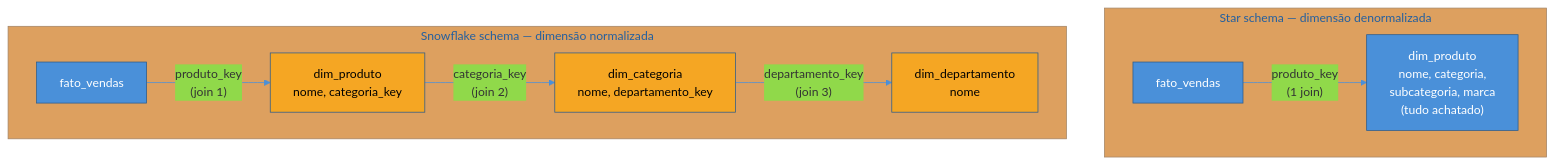
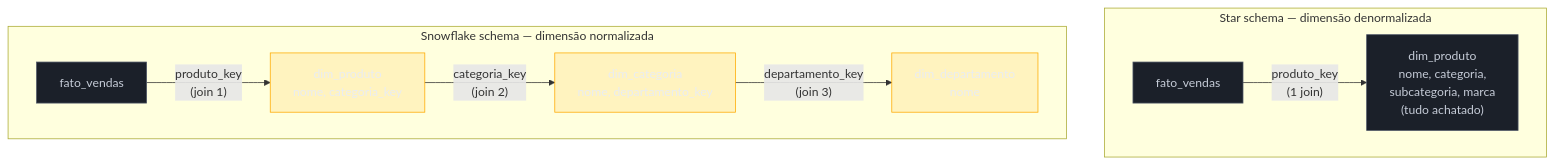
Before and after one commit to josenaldo/codex-technomanticus: the first of 3 diagrams in 03-Dominios/Engenharia/Dados/2 - Modelagem para analytics/03 - Star vs snowflake e tipos de fato.md, drawn with Mermaid. The commit also changed other lines of this file and 1181 other files, not shown here.

First line of the commit message:
fix(diagramas): paleta do sistema no lugar de cor cravada no markdown

````diff
--- a/03-Dominios/Engenharia/Dados/2 - Modelagem para analytics/03 - Star vs snowflake e tipos de fato.md
+++ b/03-Dominios/Engenharia/Dados/2 - Modelagem para analytics/03 - Star vs snowflake e tipos de fato.md
@@ -88,20 +88,21 @@
 ```mermaid
-%%{init: {"theme": "base", "themeVariables": {"primaryColor": "#4A90D9", "primaryBorderColor": "#2E5C8A", "lineColor": "#4A90D9"}}}%%
 graph TB
+    classDef neutro fill:#1B2029,stroke:#4E5666,color:#C6CCD8
+    classDef destaque fill:#FFAA0024,stroke:#FFAA00,color:#E9ECF2
     subgraph STAR["Star schema — dimensão denormalizada"]
         F1["fato_vendas"] -->|"produto_key<br/>(1 join)"| D1["dim_produto<br/>nome, categoria,<br/>subcategoria, marca<br/>(tudo achatado)"]
     end
 
     subgraph SNOW["Snowflake schema — dimensão normalizada"]
         F2["fato_vendas"] -->|"produto_key<br/>(join 1)"| D2["dim_produto<br/>nome, categoria_key"]
         D2 -->|"categoria_key<br/>(join 2)"| D3["dim_categoria<br/>nome, departamento_key"]
         D3 -->|"departamento_key<br/>(join 3)"| D4["dim_departamento<br/>nome"]
     end
 
-    style F1 fill:#4A90D9,color:#fff
-    style D1 fill:#4A90D9,color:#fff
-    style F2 fill:#4A90D9,color:#fff
-    style D2 fill:#F5A623,color:#000
-    style D3 fill:#F5A623,color:#000
-    style D4 fill:#F5A623,color:#000
+    class F1 neutro
+    class D1 neutro
+    class F2 neutro
+    class D2 destaque
+    class D3 destaque
+    class D4 destaque
 ```
````
